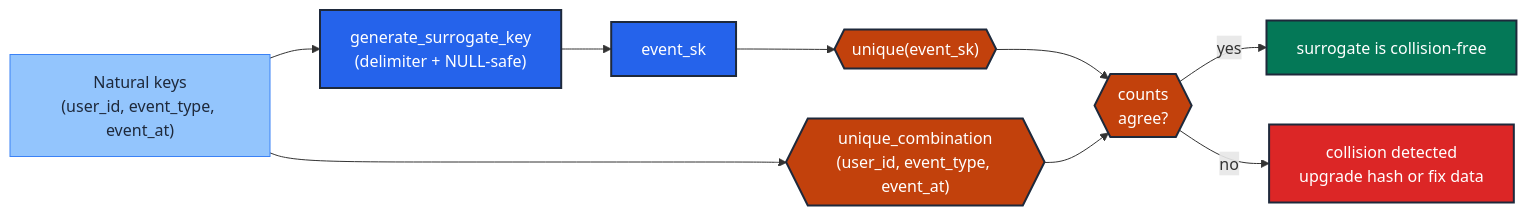
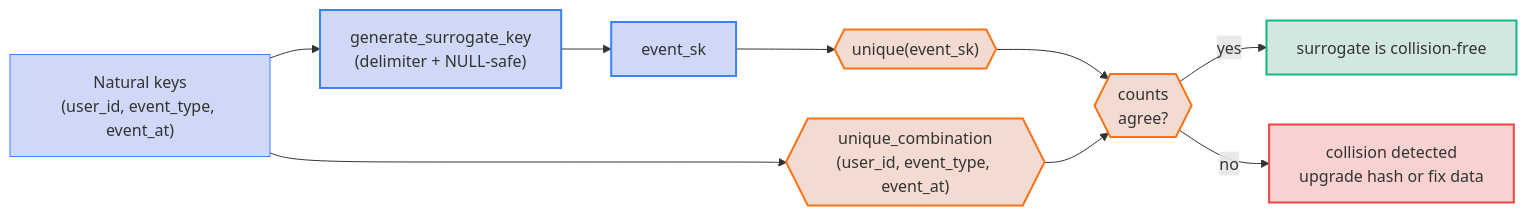
One commit to neozenith/dbt-gcp-jaffleshop changed the diagram in docs/guides/testing_taxonomy/entity/EN-05-surrogate-collision-guard.md. Above: the diagram before and after it, drawn with Mermaid. The commit also changed 36 other files, not shown here.

First line of the commit message:
docs(taxonomy): rework guide entry-point + WCAG-AAA dual-theme mermaid palette (#19)

````diff
--- a/docs/guides/testing_taxonomy/entity/EN-05-surrogate-collision-guard.md
+++ b/docs/guides/testing_taxonomy/entity/EN-05-surrogate-collision-guard.md
@@ -91,22 +91,22 @@
 ```mermaid
 flowchart LR
     nat["Natural keys<br/>(user_id, event_type, event_at)"]:::entitySecondary --> macro["generate_surrogate_key<br/>(delimiter + NULL-safe)"]:::entityPrimary
     macro --> sk["event_sk"]:::entityPrimary
 
     t1{{"unique(event_sk)"}}:::gate
     t2{{"unique_combination<br/>(user_id, event_type, event_at)"}}:::gate
 
     sk --> t1
     nat --> t2
 
     t1 --> agree{{"counts<br/>agree?"}}:::gate
     t2 --> agree
     agree -- yes --> ok["surrogate is collision-free"]:::ok
     agree -- no --> collision["collision detected<br/>upgrade hash or fix data"]:::fail
 
-    classDef entityPrimary   fill:#2563eb,stroke:#1e293b,color:#fff,stroke-width:2px
-    classDef entitySecondary fill:#93c5fd,stroke:#3b82f6,color:#1e293b,stroke-width:1px
-    classDef gate            fill:#c2410c,stroke:#1e293b,color:#fff,stroke-width:2px
-    classDef ok              fill:#047857,stroke:#1e293b,color:#fff,stroke-width:2px
-    classDef fail            fill:#dc2626,stroke:#1e293b,color:#fff,stroke-width:2px
+    classDef entityPrimary fill:#1d4ed836,stroke:#3b82f6,stroke-width:2px
+    classDef entitySecondary fill:#1d4ed836,stroke:#3b82f6,stroke-width:1px
+    classDef gate fill:#c2410c30,stroke:#f97316,stroke-width:2px
+    classDef ok fill:#0478572e,stroke:#10b981,stroke-width:2px
+    classDef fail fill:#dc262636,stroke:#ef4444,stroke-width:2px
 ```
````
